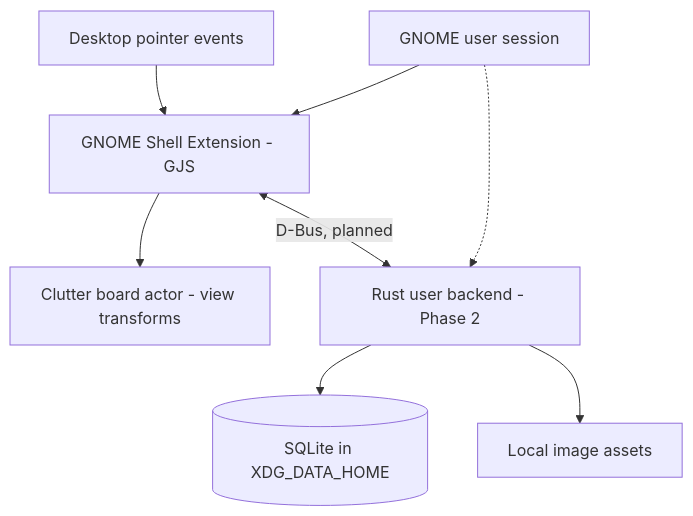
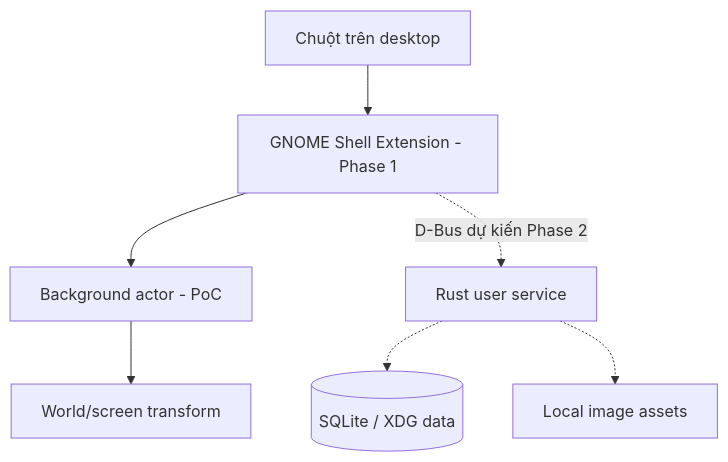
One commit to mujin0422/evidence-note-board changed the diagram in docs/ARCHITECTURE.md. Above: the diagram before and after it, drawn with Mermaid. The commit also changed other lines of this file and 15 other files, not shown here.

Commit message:
feat(gnome): harden desktop PoC for Classic 50 testing

````diff
--- a/docs/ARCHITECTURE.md
+++ b/docs/ARCHITECTURE.md
@@ -25,10 +27,9 @@
 ```mermaid
 flowchart TD
-    Pointer[Desktop pointer events] --> Shell[GNOME Shell Extension - GJS]
-    Shell --> Canvas[Clutter board actor - view transforms]
-    Shell <-->|D-Bus, planned| Backend[Rust user backend - Phase 2]
-    Backend --> Storage[(SQLite in XDG_DATA_HOME)]
-    Backend --> Assets[Local image assets]
-    Session[GNOME user session] --> Shell
-    Session -.-> Backend
+    Pointer[Chuột trên desktop] --> Extension[GNOME Shell Extension - Phase 1]
+    Extension --> Actor[Background actor - PoC]
+    Actor --> Camera[World/screen transform]
+    Extension -. "D-Bus dự kiến Phase 2" .-> Rust[Rust user service]
+    Rust -.-> SQLite[(SQLite / XDG data)]
+    Rust -.-> Assets[Local image assets]
 ```
````
